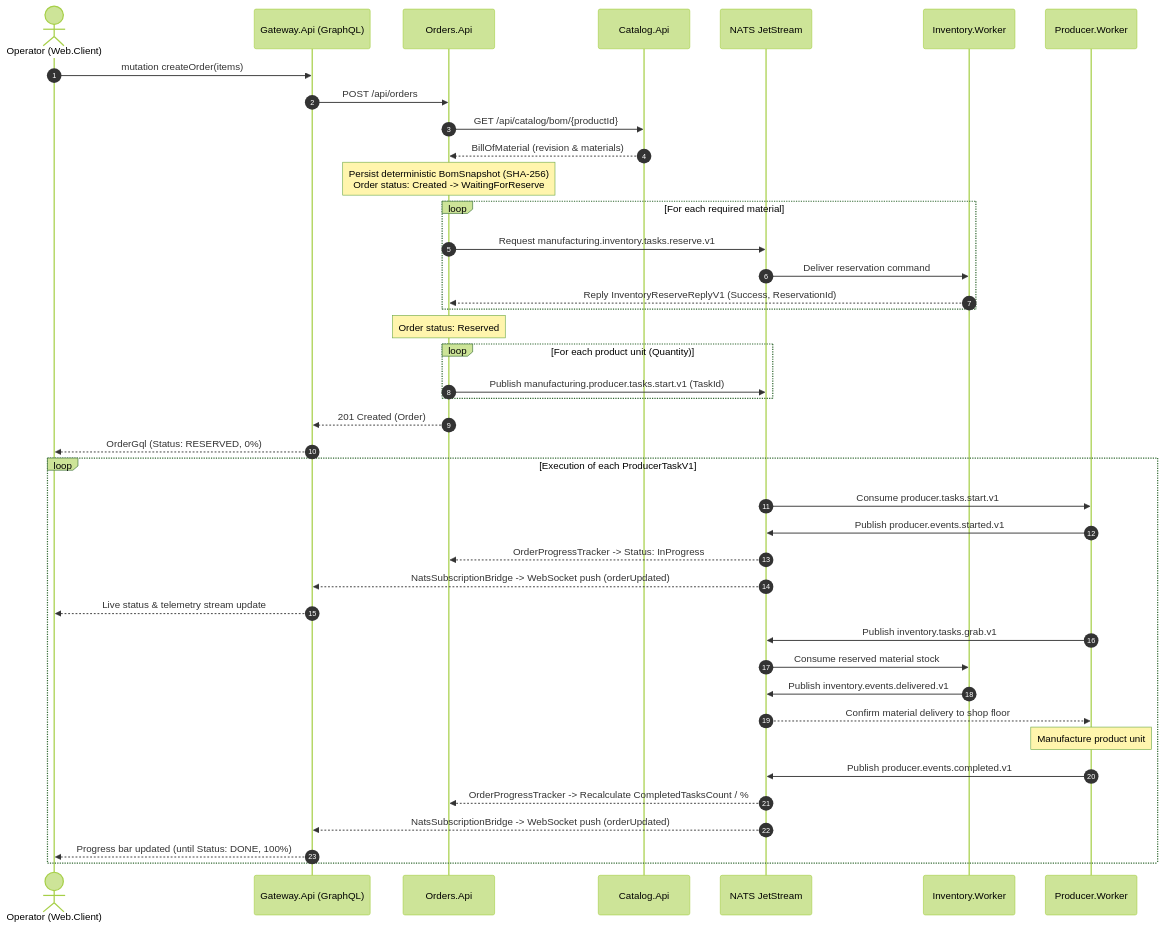
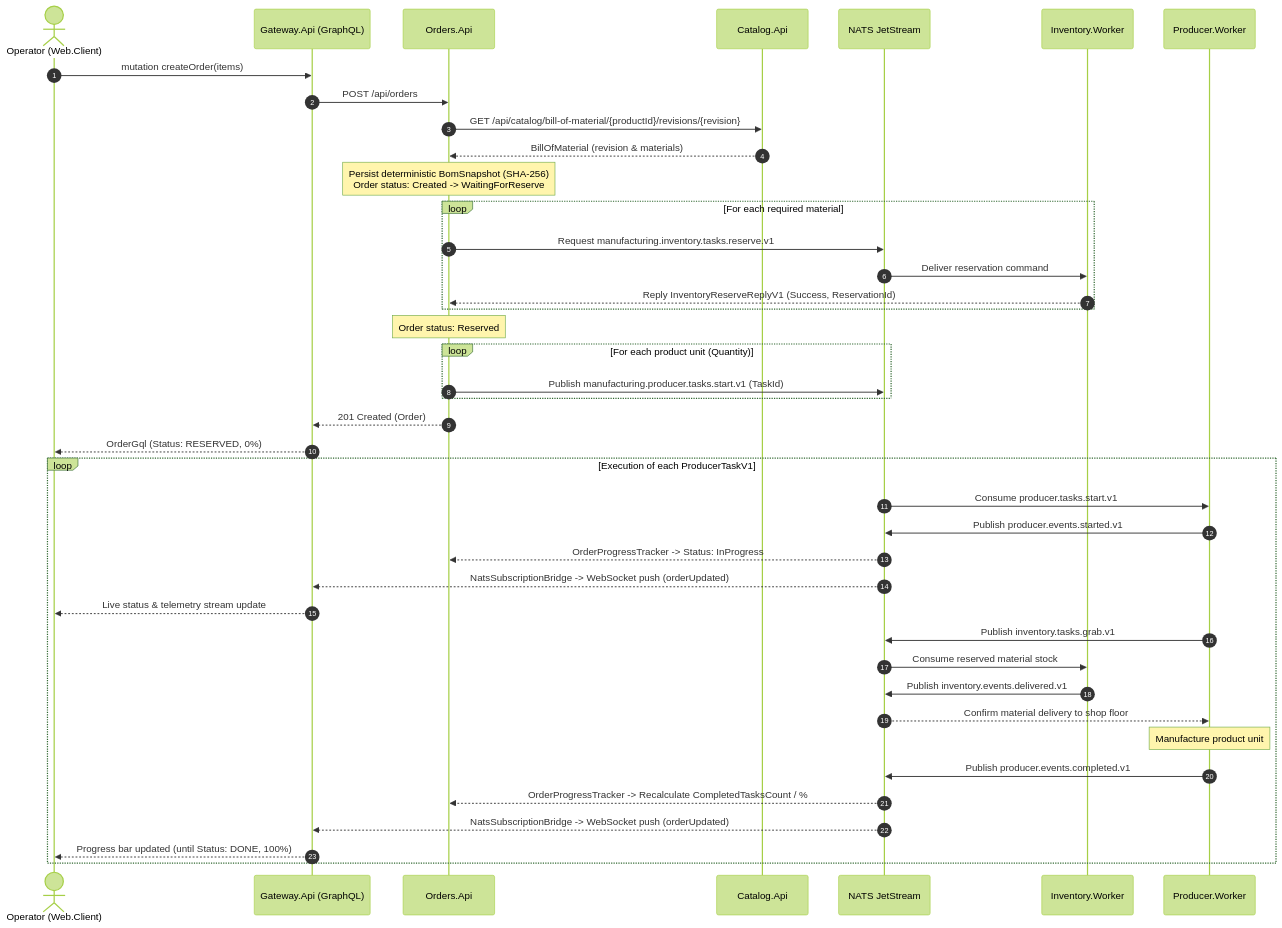
Before and after one commit to Stalis/manufacturing-platform: the third of 3 diagrams in README.md, drawn with Mermaid (forest theme). The commit also changed other lines of this file and 79 other files, not shown here.

First line of the commit message:
feat(api): TypeSpec HTTP contracts for Catalog and Orders

````diff
--- a/README.md
+++ b/README.md
@@ -111,49 +112,49 @@
 ```mermaid
 sequenceDiagram
     autonumber
     actor User as Operator (Web.Client)
     participant GW as Gateway.Api (GraphQL)
     participant ORD as Orders.Api
     participant CAT as Catalog.Api
     participant NATS as NATS JetStream
     participant INV as Inventory.Worker
     participant PROD as Producer.Worker
 
     User->>GW: mutation createOrder(items)
     GW->>ORD: POST /api/orders
-    ORD->>CAT: GET /api/catalog/bom/{productId}
+    ORD->>CAT: GET /api/catalog/bill-of-material/{productId}/revisions/{revision}
     CAT-->>ORD: BillOfMaterial (revision & materials)
     Note over ORD: Persist deterministic BomSnapshot (SHA-256)<br/>Order status: Created -> WaitingForReserve
 
     loop For each required material
         ORD->>NATS: Request manufacturing.inventory.tasks.reserve.v1
         NATS->>INV: Deliver reservation command
         INV-->>ORD: Reply InventoryReserveReplyV1 (Success, ReservationId)
     end
 
     Note over ORD: Order status: Reserved
     loop For each product unit (Quantity)
         ORD->>NATS: Publish manufacturing.producer.tasks.start.v1 (TaskId)
     end
     ORD-->>GW: 201 Created (Order)
     GW-->>User: OrderGql (Status: RESERVED, 0%)
 
     loop Execution of each ProducerTaskV1
         NATS->>PROD: Consume producer.tasks.start.v1
         PROD->>NATS: Publish producer.events.started.v1
         NATS-->>ORD: OrderProgressTracker -> Status: InProgress
         NATS-->>GW: NatsSubscriptionBridge -> WebSocket push (orderUpdated)
         GW-->>User: Live status & telemetry stream update
 
         PROD->>NATS: Publish inventory.tasks.grab.v1
         NATS->>INV: Consume reserved material stock
         INV->>NATS: Publish inventory.events.delivered.v1
         NATS-->>PROD: Confirm material delivery to shop floor
 
         Note over PROD: Manufacture product unit
         PROD->>NATS: Publish producer.events.completed.v1
         NATS-->>ORD: OrderProgressTracker -> Recalculate CompletedTasksCount / %
         NATS-->>GW: NatsSubscriptionBridge -> WebSocket push (orderUpdated)
         GW-->>User: Progress bar updated (until Status: DONE, 100%)
     end
 ```
````
